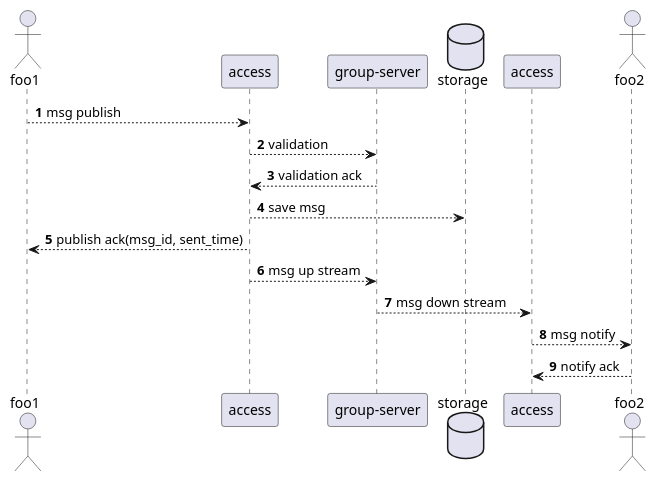
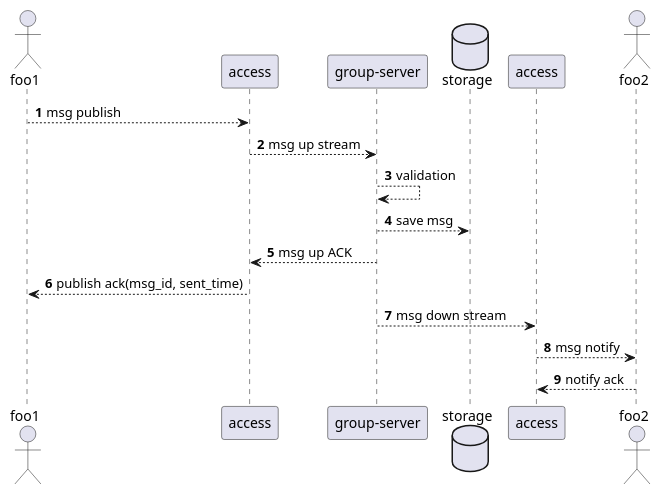
One commit to raven-im/raven changed the diagram in doc/一期设计文档/uml/group.puml. Above: the diagram before and after it, drawn with PlantUML. The commit also changed 6 other files, not shown here.

```diff
--- a/doc/一期设计文档/uml/group.puml
+++ b/doc/一期设计文档/uml/group.puml
@@ -1,21 +1,22 @@
 @startuml
 
 actor "foo1" as client1
 
 participant "access" as access1
 participant "group-server" as group
 database "storage" as db
 participant "access" as access2
 actor "foo2" as client2
 
 autonumber
 client1 --> access1 : msg publish
-access1 --> group: validation
-group --> access1: validation ack
-access1 --> db: save msg
+access1 --> group: msg up stream
+group --> group: validation
+group --> db: save msg
+group --> access1: msg up ACK
 access1 --> client1 : publish ack(msg_id, sent_time)
-access1 --> group: msg up stream
+
 group --> access2: msg down stream
 access2 --> client2: msg notify
 client2 --> access2: notify ack
 @enduml
```
